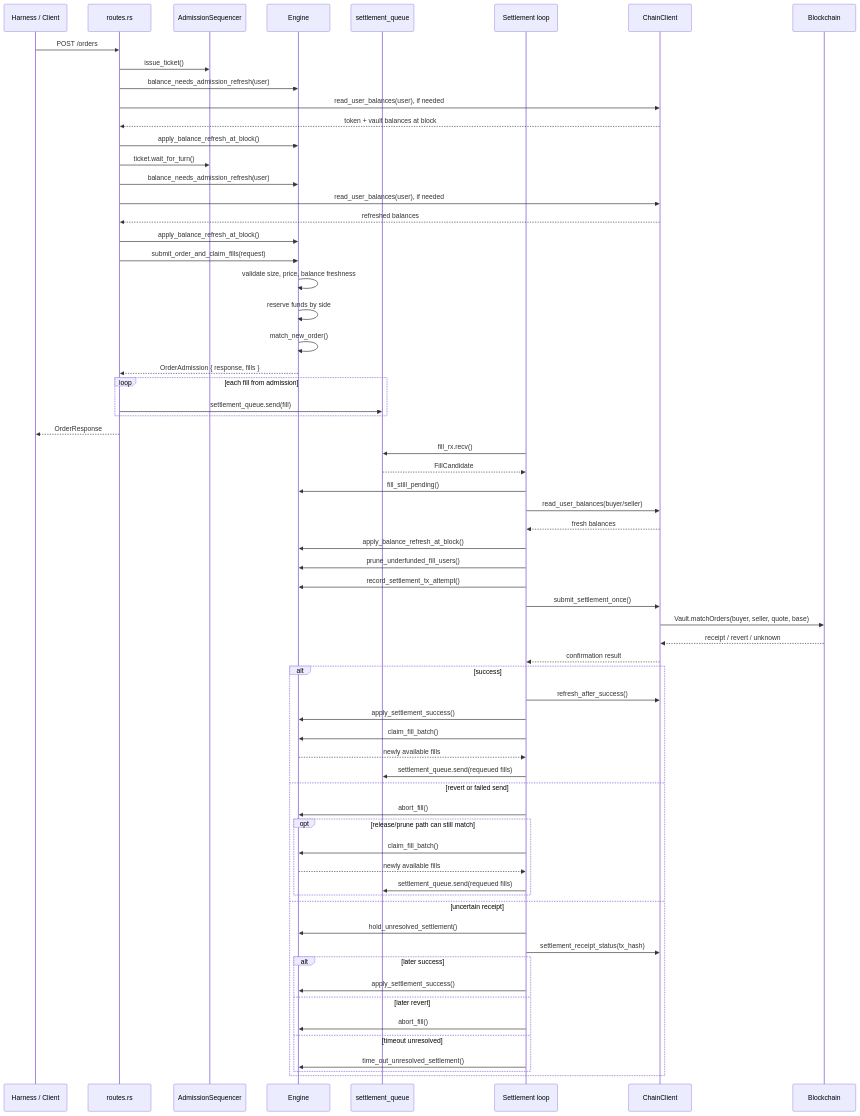
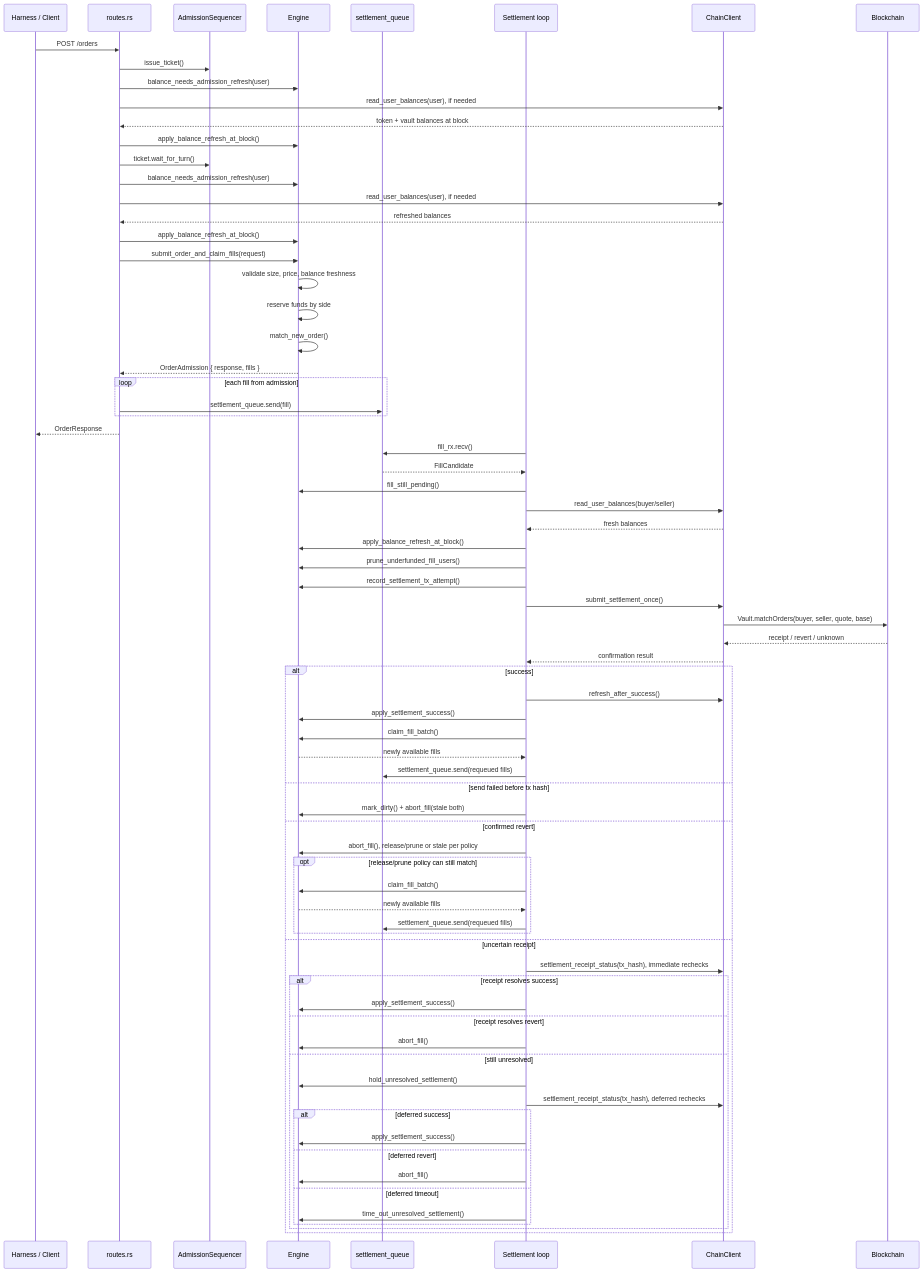
The second of 2 diagrams in notes_wip.md (AJclemendor/vault-exercise), drawn with Mermaid before and after one commit. The commit also changed other lines of this file and 1 other file, not shown here.

````diff
--- a/notes_wip.md
+++ b/notes_wip.md
@@ -176,22 +176,31 @@
         T->>E: claim_fill_batch()
         E-->>T: newly available fills
         T->>Q: settlement_queue.send(requeued fills)
-    else revert or failed send
-        T->>E: abort_fill()
-        opt release/prune path can still match
+    else send failed before tx hash
+        T->>E: mark_dirty() + abort_fill(stale both)
+    else confirmed revert
+        T->>E: abort_fill(), release/prune or stale per policy
+        opt release/prune policy can still match
             T->>E: claim_fill_batch()
             E-->>T: newly available fills
             T->>Q: settlement_queue.send(requeued fills)
         end
     else uncertain receipt
-        T->>E: hold_unresolved_settlement()
-        T->>C: settlement_receipt_status(tx_hash)
-        alt later success
+        T->>C: settlement_receipt_status(tx_hash), immediate rechecks
+        alt receipt resolves success
             T->>E: apply_settlement_success()
-        else later revert
+        else receipt resolves revert
             T->>E: abort_fill()
-        else timeout unresolved
-            T->>E: time_out_unresolved_settlement()
+        else still unresolved
+            T->>E: hold_unresolved_settlement()
+            T->>C: settlement_receipt_status(tx_hash), deferred rechecks
+            alt deferred success
+                T->>E: apply_settlement_success()
+            else deferred revert
+                T->>E: abort_fill()
+            else deferred timeout
+                T->>E: time_out_unresolved_settlement()
+            end
         end
     end
 ```
````
